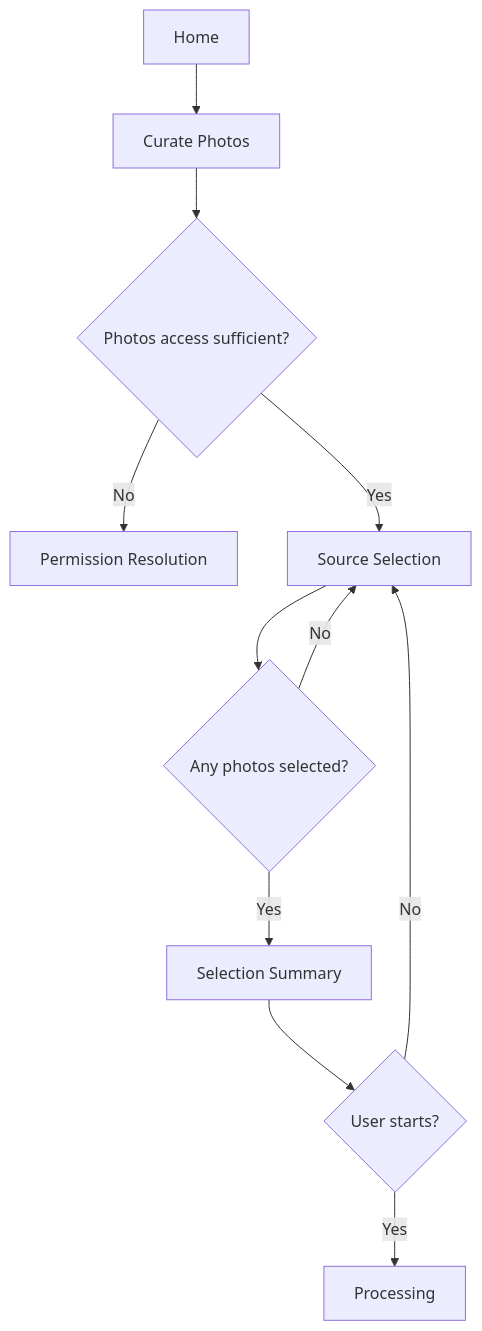
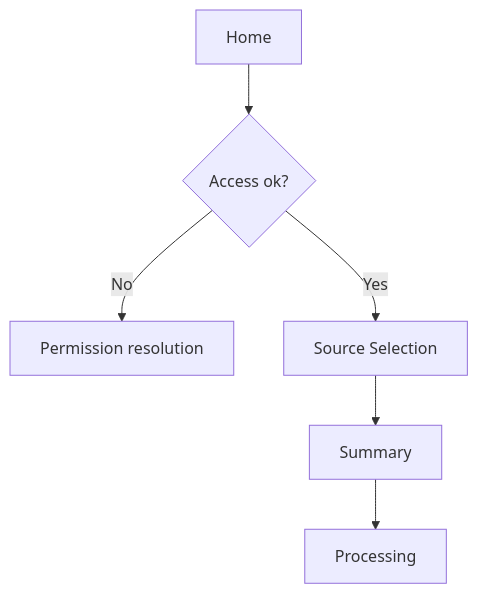
The second of 4 diagrams in docs/product/02-ux-flows.md (tungxuan1656/photo-curator), drawn with Mermaid before and after one commit. The commit also changed other lines of this file and 14 other files, not shown here.

````diff
--- a/docs/product/02-ux-flows.md
+++ b/docs/product/02-ux-flows.md
@@ -519,13 +268,8 @@
 ```mermaid
 flowchart TD
-    H[Home] --> A[Curate Photos]
-    A --> P{Photos access sufficient?}
-    P -- No --> X[Permission Resolution]
+    H[Home] --> P{Access ok?}
+    P -- No --> X[Permission resolution]
     P -- Yes --> S[Source Selection]
-    S --> C{Any photos selected?}
-    C -- No --> S
-    C -- Yes --> Q[Selection Summary]
-    Q --> R{User starts?}
-    R -- No --> S
-    R -- Yes --> T[Processing]
+    S --> Q[Summary]
+    Q --> T[Processing]
 ```
````
